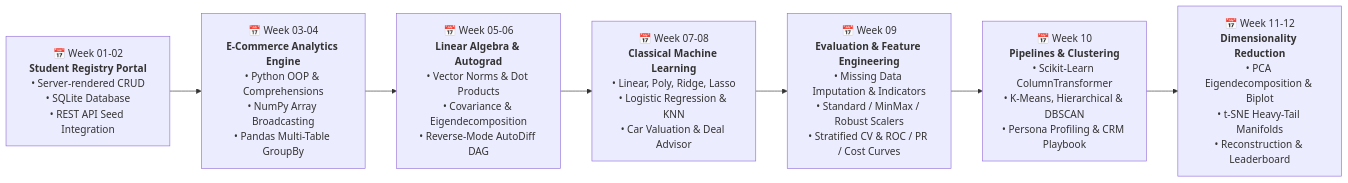
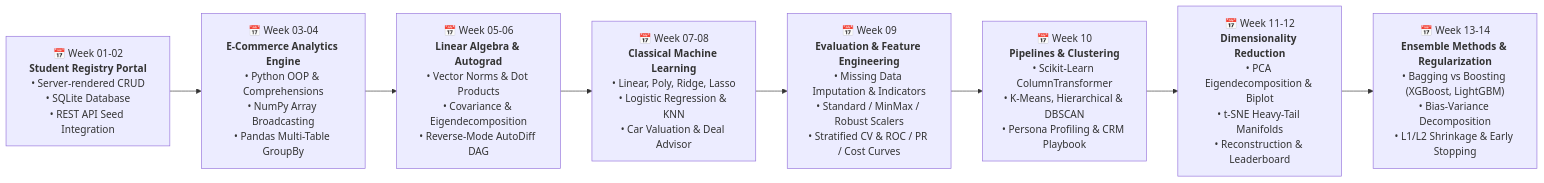
Before and after one commit to dhanish0711/Hack-o-Week-Odd-Semester-Session-2026-2027: the diagram in README.md, drawn with Mermaid. The commit also changed other lines of this file, not shown here.

Commit message:
docs: update repository roadmap and curriculum index with week 13-14 ensemble methods

````diff
--- a/README.md
+++ b/README.md
@@ -25,10 +25,11 @@
 ```mermaid
 flowchart LR
     W1["📅 Week 01-02<br><b>Student Registry Portal</b><br>• Server-rendered CRUD<br>• SQLite Database<br>• REST API Seed Integration"]
     --> W3["📅 Week 03-04<br><b>E-Commerce Analytics Engine</b><br>• Python OOP & Comprehensions<br>• NumPy Array Broadcasting<br>• Pandas Multi-Table GroupBy"]
     --> W5["📅 Week 05-06<br><b>Linear Algebra & Autograd</b><br>• Vector Norms & Dot Products<br>• Covariance & Eigendecomposition<br>• Reverse-Mode AutoDiff DAG"]
     --> W7["📅 Week 07-08<br><b>Classical Machine Learning</b><br>• Linear, Poly, Ridge, Lasso<br>• Logistic Regression & KNN<br>• Car Valuation & Deal Advisor"]
     --> W9["📅 Week 09<br><b>Evaluation & Feature Engineering</b><br>• Missing Data Imputation & Indicators<br>• Standard / MinMax / Robust Scalers<br>• Stratified CV & ROC / PR / Cost Curves"]
     --> W10["📅 Week 10<br><b>Pipelines & Clustering</b><br>• Scikit-Learn ColumnTransformer<br>• K-Means, Hierarchical & DBSCAN<br>• Persona Profiling & CRM Playbook"]
     --> W11["📅 Week 11-12<br><b>Dimensionality Reduction</b><br>• PCA Eigendecomposition & Biplot<br>• t-SNE Heavy-Tail Manifolds<br>• Reconstruction & Leaderboard"]
+    --> W13["📅 Week 13-14<br><b>Ensemble Methods & Regularization</b><br>• Bagging vs Boosting (XGBoost, LightGBM)<br>• Bias-Variance Decomposition<br>• L1/L2 Shrinkage & Early Stopping"]
 ```
````
